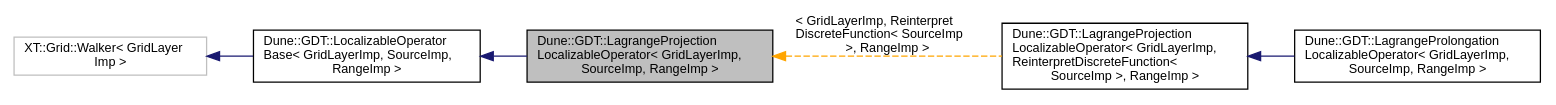
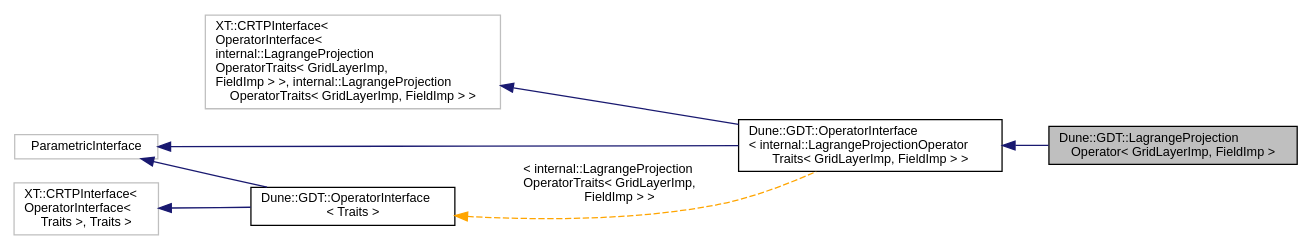
Before and after one commit to dune-community/dune-community.github.io: the diagram in docs/dune-gdt/master/a02324.dot, drawn with Graphviz. The commit also changed 1984 other files, not shown here.

Commit message:
Updated documentation for dune-gdt master

```diff
--- a/docs/dune-gdt/master/a02324.dot
+++ b/docs/dune-gdt/master/a02324.dot
@@ -1,15 +1,18 @@
-digraph "Dune::GDT::LagrangeProjectionLocalizableOperator&lt; GridLayerImp, SourceImp, RangeImp &gt;"
+digraph "Dune::GDT::LagrangeProjectionOperator&lt; GridLayerImp, FieldImp &gt;"
 {
   edge [fontname="Helvetica",fontsize="10",labelfontname="Helvetica",labelfontsize="10"];
   node [fontname="Helvetica",fontsize="10",shape=record];
   rankdir="LR";
-  Node0 [label="Dune::GDT::LagrangeProjection\lLocalizableOperator\< GridLayerImp,\l SourceImp, RangeImp \>",height=0.2,width=0.4,color="black", fillcolor="grey75", style="filled", fontcolor="black"];
+  Node0 [label="Dune::GDT::LagrangeProjection\lOperator\< GridLayerImp, FieldImp \>",height=0.2,width=0.4,color="black", fillcolor="grey75", style="filled", fontcolor="black"];
   Node1 -> Node0 [dir="back",color="midnightblue",fontsize="10",style="solid",fontname="Helvetica"];
-  Node1 [label="Dune::GDT::LocalizableOperator\lBase\< GridLayerImp, SourceImp,\l RangeImp \>",height=0.2,width=0.4,color="black", fillcolor="white", style="filled",URL="$a01789.html"];
+  Node1 [label="Dune::GDT::OperatorInterface\l\< internal::LagrangeProjectionOperator\lTraits\< GridLayerImp, FieldImp \> \>",height=0.2,width=0.4,color="black", fillcolor="white", style="filled",URL="$a02105.html"];
   Node2 -> Node1 [dir="back",color="midnightblue",fontsize="10",style="solid",fontname="Helvetica"];
-  Node2 [label="XT::Grid::Walker\< GridLayer\lImp \>",height=0.2,width=0.4,color="grey75", fillcolor="white", style="filled"];
-  Node0 -> Node3 [dir="back",color="orange",fontsize="10",style="dashed",label=" \< GridLayerImp, Reinterpret\lDiscreteFunction\< SourceImp\l \>, RangeImp \>" ,fontname="Helvetica"];
-  Node3 [label="Dune::GDT::LagrangeProjection\lLocalizableOperator\< GridLayerImp,\l ReinterpretDiscreteFunction\<\l SourceImp \>, RangeImp \>",height=0.2,width=0.4,color="black", fillcolor="white", style="filled",URL="$a02325.html"];
+  Node2 [label="XT::CRTPInterface\<\l OperatorInterface\<\l internal::LagrangeProjection\lOperatorTraits\< GridLayerImp,\l FieldImp \> \>, internal::LagrangeProjection\lOperatorTraits\< GridLayerImp, FieldImp \> \>",height=0.2,width=0.4,color="grey75", fillcolor="white", style="filled"];
+  Node3 -> Node1 [dir="back",color="midnightblue",fontsize="10",style="solid",fontname="Helvetica"];
+  Node3 [label="ParametricInterface",height=0.2,width=0.4,color="grey75", fillcolor="white", style="filled"];
+  Node4 -> Node1 [dir="back",color="orange",fontsize="10",style="dashed",label=" \< internal::LagrangeProjection\lOperatorTraits\< GridLayerImp,\l FieldImp \> \>" ,fontname="Helvetica"];
+  Node4 [label="Dune::GDT::OperatorInterface\l\< Traits \>",height=0.2,width=0.4,color="black", fillcolor="white", style="filled",URL="$a02105.html"];
+  Node5 -> Node4 [dir="back",color="midnightblue",fontsize="10",style="solid",fontname="Helvetica"];
+  Node5 [label="XT::CRTPInterface\<\l OperatorInterface\<\l Traits \>, Traits \>",height=0.2,width=0.4,color="grey75", fillcolor="white", style="filled"];
   Node3 -> Node4 [dir="back",color="midnightblue",fontsize="10",style="solid",fontname="Helvetica"];
-  Node4 [label="Dune::GDT::LagrangeProlongation\lLocalizableOperator\< GridLayerImp,\l SourceImp, RangeImp \>",height=0.2,width=0.4,color="black", fillcolor="white", style="filled",URL="$a02401.html",tooltip="Carries out a prolongation (in a localized manner) using a lagrange projection. "];
 }
```
